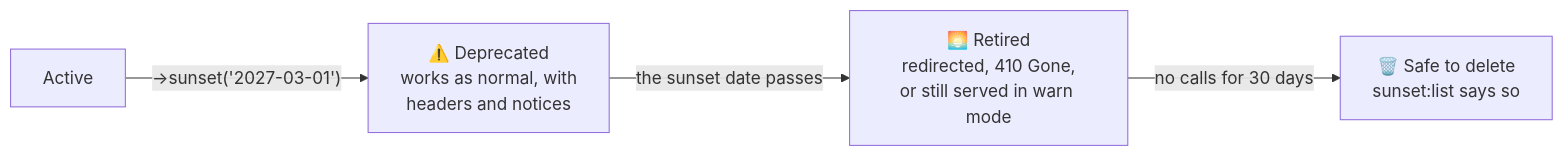
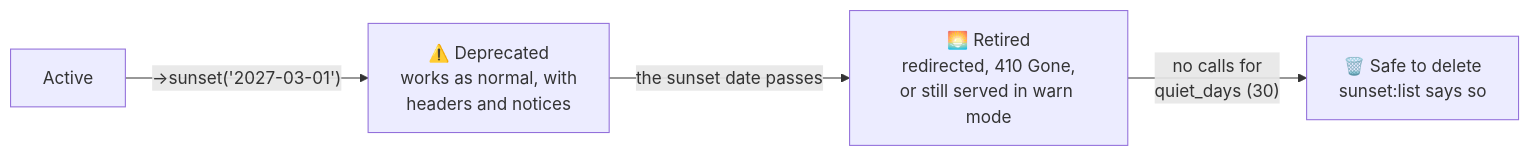
The first of 3 diagrams in README.md (Jarryd-W-Hoffman/sunset), drawn with Mermaid before and after one commit. The commit also changed other lines of this file, not shown here.

Commit message:
Make Sunset's independence from Route Notes and Ghost Buster explicit

````diff
--- a/README.md
+++ b/README.md
@@ -45,6 +45,6 @@
 ```mermaid
 flowchart LR
     Active["Active"] -->|"->sunset('2027-03-01')"| Deprecated["⚠️ Deprecated<br/>works as normal, with<br/>headers and notices"]
     Deprecated -->|"the sunset date passes"| Retired["🌅 Retired<br/>redirected, 410 Gone,<br/>or still served in warn mode"]
-    Retired -->|"no calls for 30 days"| Delete["🗑️ Safe to delete<br/>sunset:list says so"]
+    Retired -->|"no calls for<br/>quiet_days (30)"| Delete["🗑️ Safe to delete<br/>sunset:list says so"]
 ```
````
